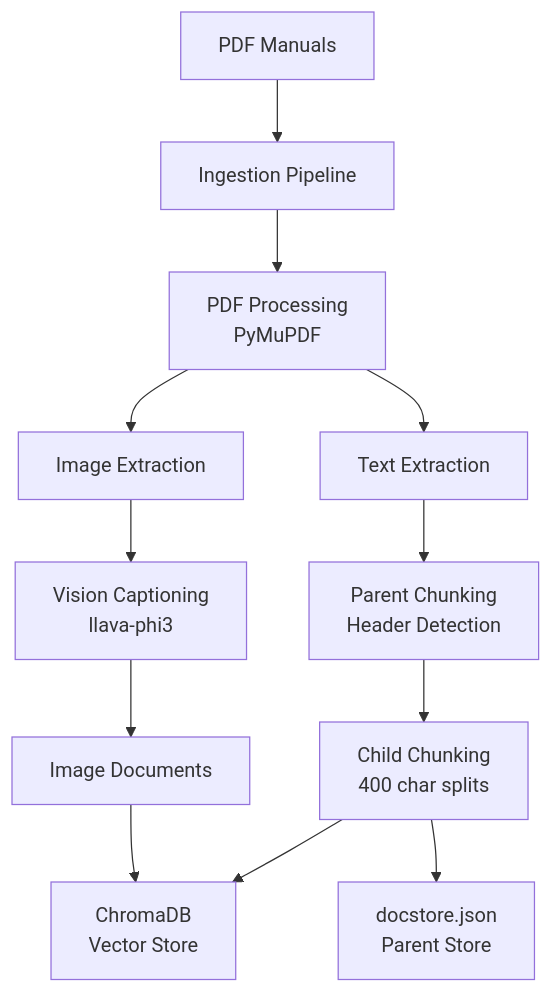
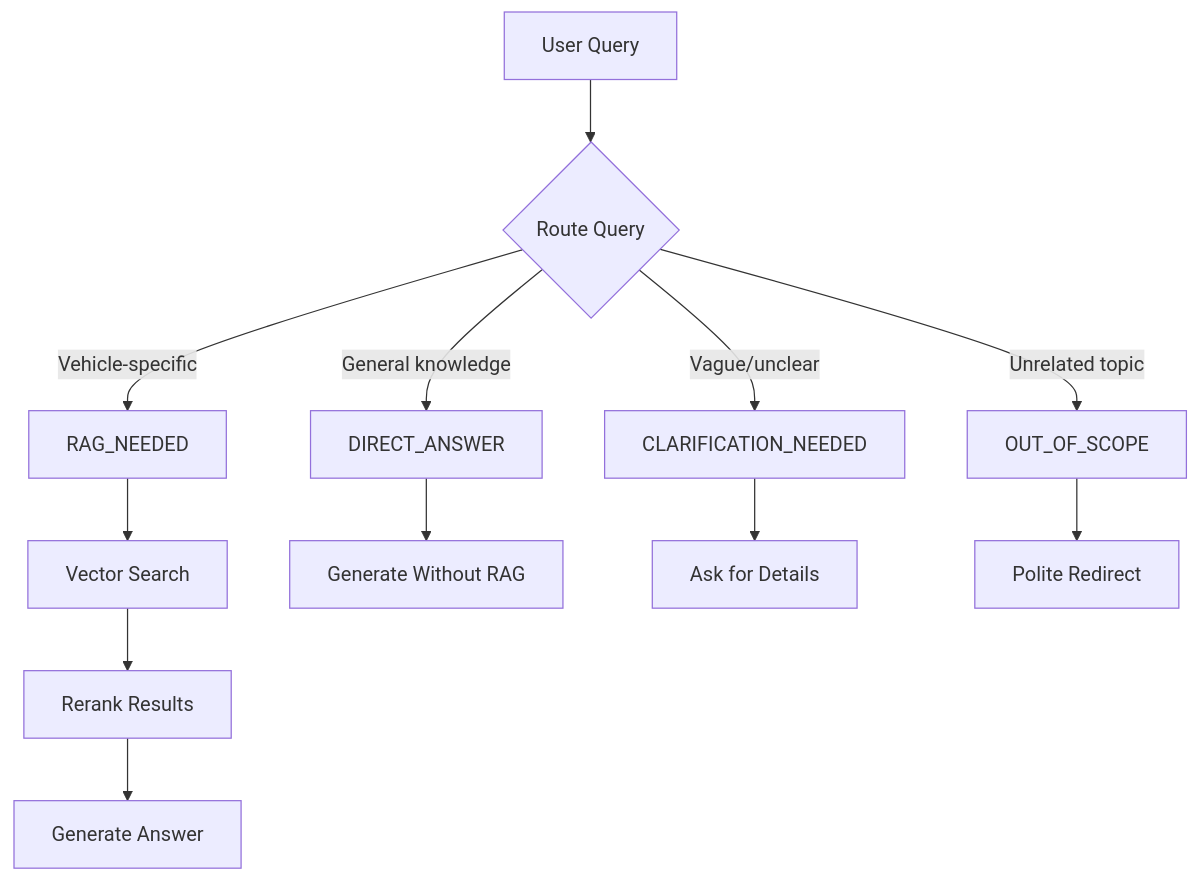
One commit to Vixen-77/RAG-implementation changed the third of 5 diagrams in readme.md. Above: the diagram before and after it, drawn with Mermaid. The commit also changed other lines of this file and 7913 other files, not shown here.

````diff
--- a/readme.md
+++ b/readme.md
@@ -33,14 +114,16 @@
 ```mermaid
-graph TD
-    A[PDF Manuals] --> B[Ingestion Pipeline]
-    B --> C[PDF Processing<br/>PyMuPDF]
-    C --> D[Text Extraction]
-    C --> E[Image Extraction]
-    D --> F[Parent Chunking<br/>Header Detection]
-    E --> G[Vision Captioning<br/>llava-phi3]
-    F --> H[Child Chunking<br/>400 char splits]
-    G --> I[Image Documents]
-    H --> J[ChromaDB<br/>Vector Store]
-    I --> J
-    H --> K[docstore.json<br/>Parent Store]
+flowchart TD
+    Q[User Query] --> R{Route Query}
+    R -->|Vehicle-specific| RAG[RAG_NEEDED]
+    R -->|General knowledge| DIR[DIRECT_ANSWER]
+    R -->|Vague/unclear| CLAR[CLARIFICATION_NEEDED]
+    R -->|Unrelated topic| OOS[OUT_OF_SCOPE]
+
+    RAG --> V[Vector Search]
+    V --> RR[Rerank Results]
+    RR --> GEN[Generate Answer]
+
+    DIR --> GEN2[Generate Without RAG]
+    CLAR --> ASK[Ask for Details]
+    OOS --> REDIRECT[Polite Redirect]
 ```
````
